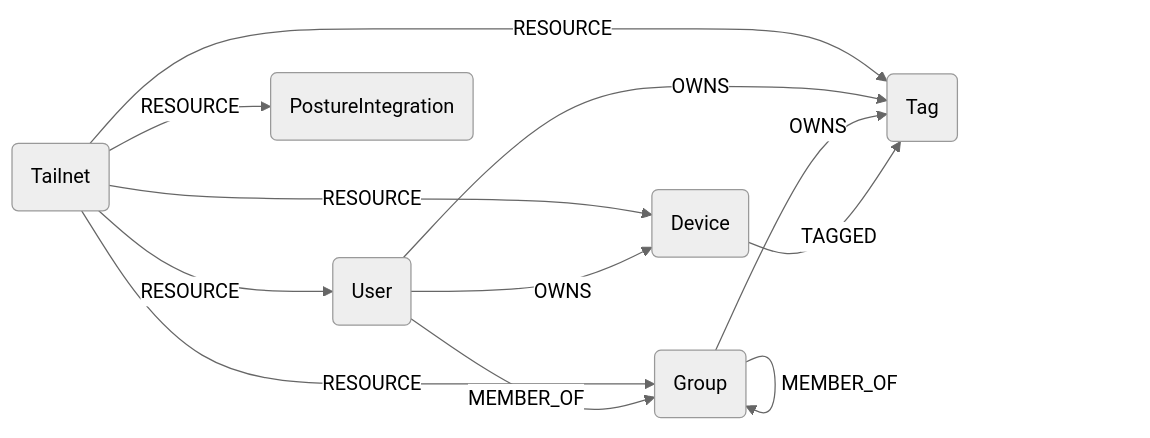
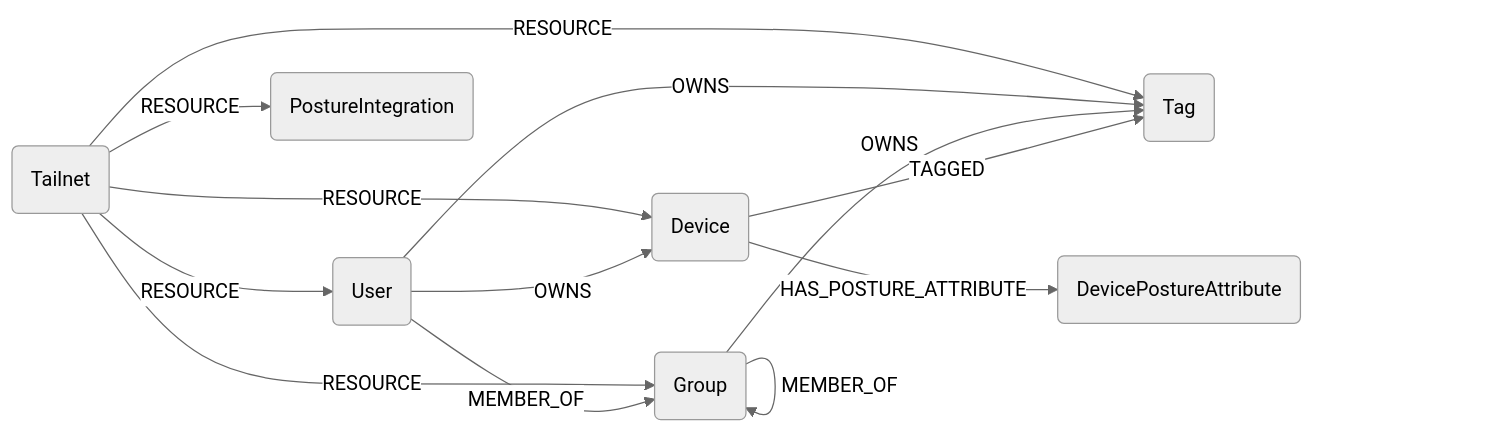
The diagram in docs/root/modules/tailscale/schema.md (cartography-cncf/cartography), drawn with Mermaid (neutral theme) before and after one commit. The commit also changed other lines of this file and 4 other files, not shown here.

First line of the commit message:
Add device posture attributes support for Tailscale

````diff
--- a/docs/root/modules/tailscale/schema.md
+++ b/docs/root/modules/tailscale/schema.md
@@ -3,14 +3,15 @@
 ```mermaid
 graph LR
 A(Tailnet) -- RESOURCE --> U(User)
 A -- RESOURCE --> D(Device)
 A -- RESOURCE --> PI(PostureIntegration)
 A -- RESOURCE --> G(Group)
 A -- RESOURCE --> T(Tag)
 U -- OWNS --> D
 U -- MEMBER_OF --> G
 G -- MEMBER_OF --> G
 U -- OWNS --> T
 G -- OWNS --> T
 D -- TAGGED --> T
+D -- HAS_POSTURE_ATTRIBUTE --> DPA(DevicePostureAttribute)
 ```
````
